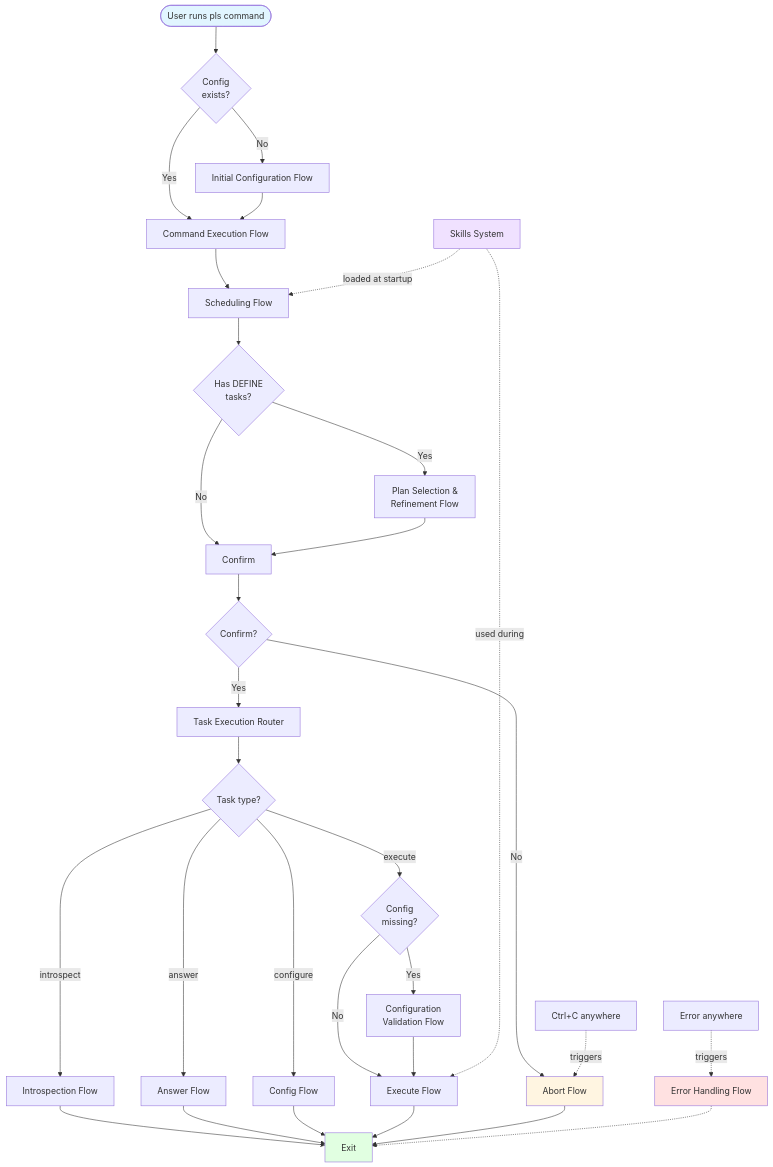
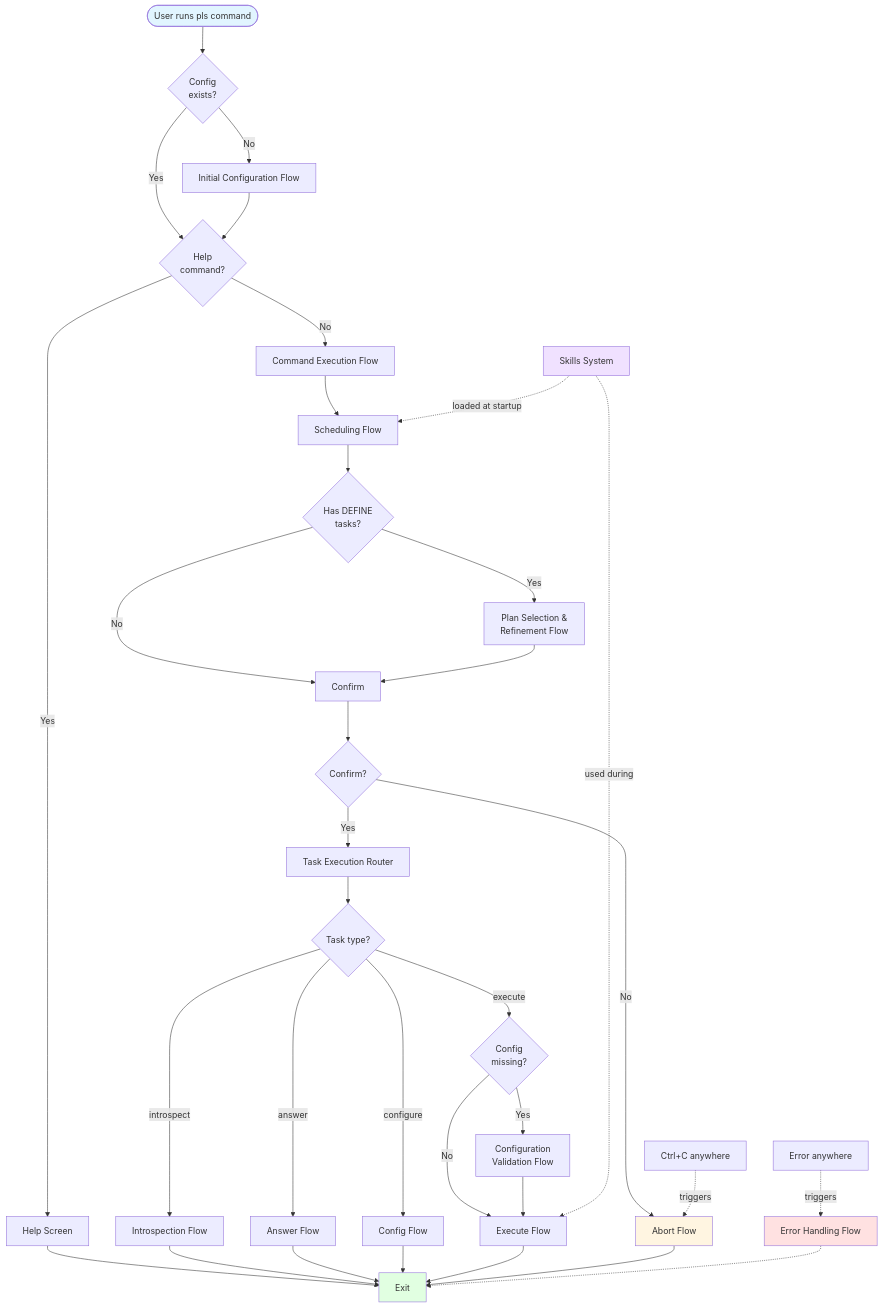
One commit to aswitalski/pls changed diagram 20 of 20 in FLOWS.md. Above: the diagram before and after it, drawn with Mermaid. The commit also changed other lines of this file and 1 other file, not shown here.

Commit message:
Update documentation guidelines for help screen

````diff
--- a/FLOWS.md
+++ b/FLOWS.md
@@ -996,54 +1022,59 @@
 ```mermaid
 flowchart TD
     Start([User runs pls command]) --> ConfigCheck{Config<br/>exists?}
 
     ConfigCheck -->|No| InitConfig[Initial Configuration Flow]
-    ConfigCheck -->|Yes| CommandFlow[Command Execution Flow]
+    ConfigCheck -->|Yes| IsHelp{Help<br/>command?}
 
-    InitConfig --> CommandFlow
+    InitConfig --> IsHelp
+
+    IsHelp -->|Yes| HelpScreen[Help Screen]
+    IsHelp -->|No| CommandFlow[Command Execution Flow]
+
+    HelpScreen --> Exit
 
     CommandFlow --> PlanFlow[Scheduling Flow]
     PlanFlow --> HasDefine{Has DEFINE<br/>tasks?}
 
     HasDefine -->|Yes| SelectRefine[Plan Selection &<br/>Refinement Flow]
     HasDefine -->|No| ConfirmFlow[Confirm]
 
     SelectRefine --> ConfirmFlow
     ConfirmFlow --> UserConfirm{Confirm?}
 
     UserConfirm -->|No| Abort[Abort Flow]
     UserConfirm -->|Yes| Router[Task Execution Router]
 
     Router --> TypeCheck{Task type?}
 
     TypeCheck -->|introspect| Introspect[Introspection Flow]
     TypeCheck -->|answer| Answer[Answer Flow]
     TypeCheck -->|configure| ConfigExec[Config Flow]
     TypeCheck -->|execute| ExecuteCheck{Config<br/>missing?}
 
     ExecuteCheck -->|Yes| ConfigVal[Configuration<br/>Validation Flow]
     ExecuteCheck -->|No| Execute[Execute Flow]
 
     ConfigVal --> Execute
 
     Introspect --> Exit
     Answer --> Exit
     ConfigExec --> Exit
     Execute --> Exit
     Abort --> Exit[Exit]
 
     ErrorAny[Error anywhere] -.->|triggers| ErrorFlow[Error Handling Flow]
     ErrorFlow -.-> Exit
 
     AbortAny[Ctrl+C anywhere] -.->|triggers| Abort
 
     SkillSystem[Skills System]
     SkillSystem -.->|loaded at startup| PlanFlow
     SkillSystem -.->|used during| Execute
 
     style Start fill:#e1f5ff
     style Exit fill:#e1ffe1
     style ErrorFlow fill:#ffe1e1
     style Abort fill:#fff5e1
     style SkillSystem fill:#f0e1ff
 ```
````
